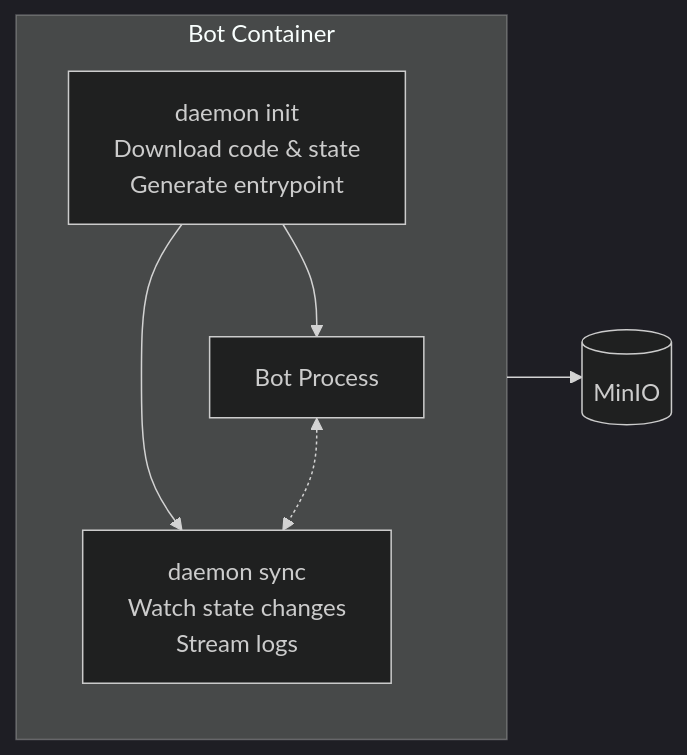
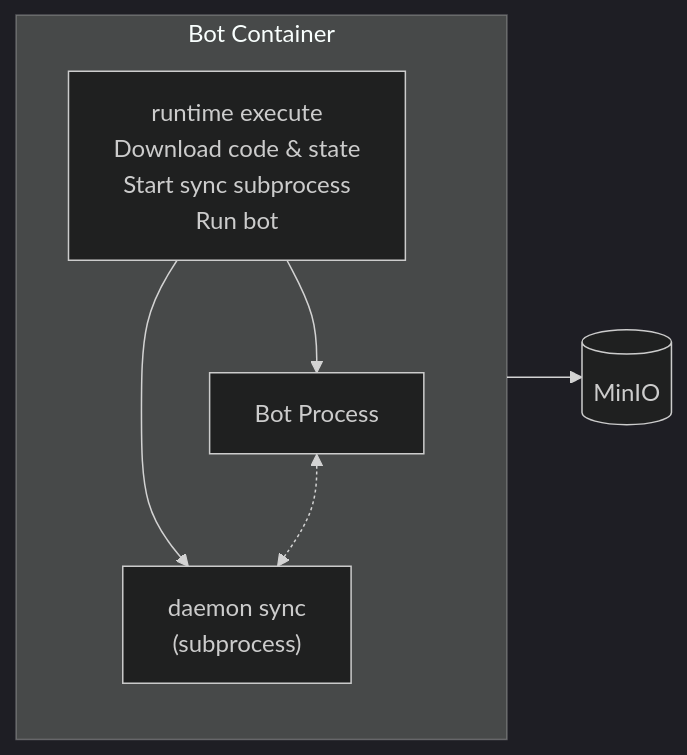
One commit to alexanderwanyoike/the0 changed the first of 4 diagrams in runtime/README.md. Above: the diagram before and after it, drawn with Mermaid (dark theme). The commit also changed other lines of this file and 2 other files, not shown here.

First line of the commit message:
docs: Update runtime documentation with query system and architecture

````diff
--- a/runtime/README.md
+++ b/runtime/README.md
@@ -13,16 +13,16 @@
 ```mermaid
 flowchart LR
     subgraph Container["Bot Container"]
         direction TB
-        Init["daemon init<br/>Download code & state<br/>Generate entrypoint"]
-        Sync["daemon sync<br/>Watch state changes<br/>Stream logs"]
+        Execute["runtime execute<br/>Download code & state<br/>Start sync subprocess<br/>Run bot"]
+        Sync["daemon sync<br/>(subprocess)"]
         Bot["Bot Process"]
 
-        Init --> Bot
-        Init --> Sync
+        Execute --> Sync
+        Execute --> Bot
         Bot <-.-> Sync
     end
 
     MinIO[(MinIO)]
     Sync --> MinIO
 ```
````
